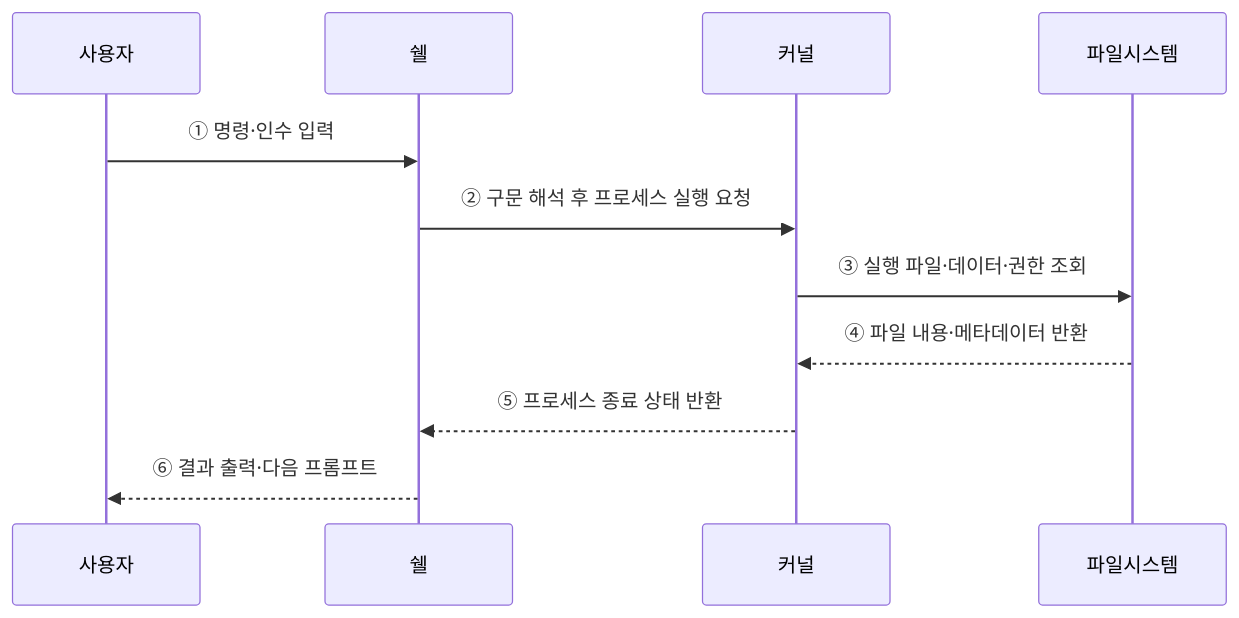
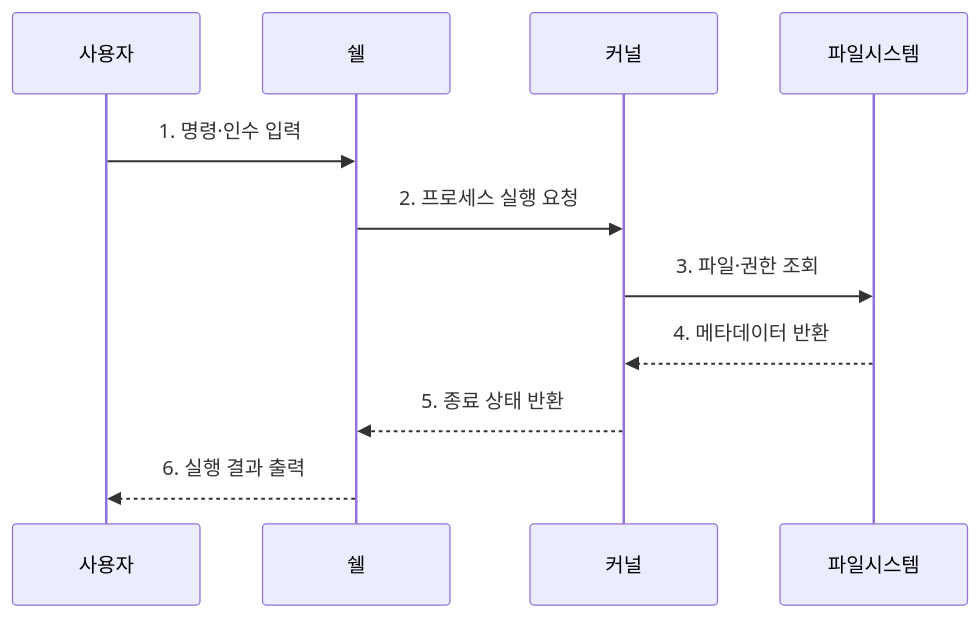
One commit to agnusdei1207/knowledge-base changed the second of 2 diagrams in src/content/docs/notes/03-software/023_unix_kernel_shell.md. Above: the diagram before and after it, drawn with Mermaid. The commit also changed other lines of this file and 20 other files, not shown here.

````diff
--- a/src/content/docs/notes/03-software/023_unix_kernel_shell.md
+++ b/src/content/docs/notes/03-software/023_unix_kernel_shell.md
@@ -87,13 +88,13 @@
 ```mermaid
 sequenceDiagram
     participant U as 사용자
     participant S as 쉘
     participant K as 커널
     participant F as 파일시스템
-    U->>S: ① 명령·인수 입력
-    S->>K: ② 구문 해석 후 프로세스 실행 요청
-    K->>F: ③ 실행 파일·데이터·권한 조회
-    F-->>K: ④ 파일 내용·메타데이터 반환
-    K-->>S: ⑤ 프로세스 종료 상태 반환
-    S-->>U: ⑥ 결과 출력·다음 프롬프트
+    U->>S: 1. 명령·인수 입력
+    S->>K: 2. 프로세스 실행 요청
+    K->>F: 3. 파일·권한 조회
+    F-->>K: 4. 메타데이터 반환
+    K-->>S: 5. 종료 상태 반환
+    S-->>U: 6. 실행 결과 출력
 ```
````
